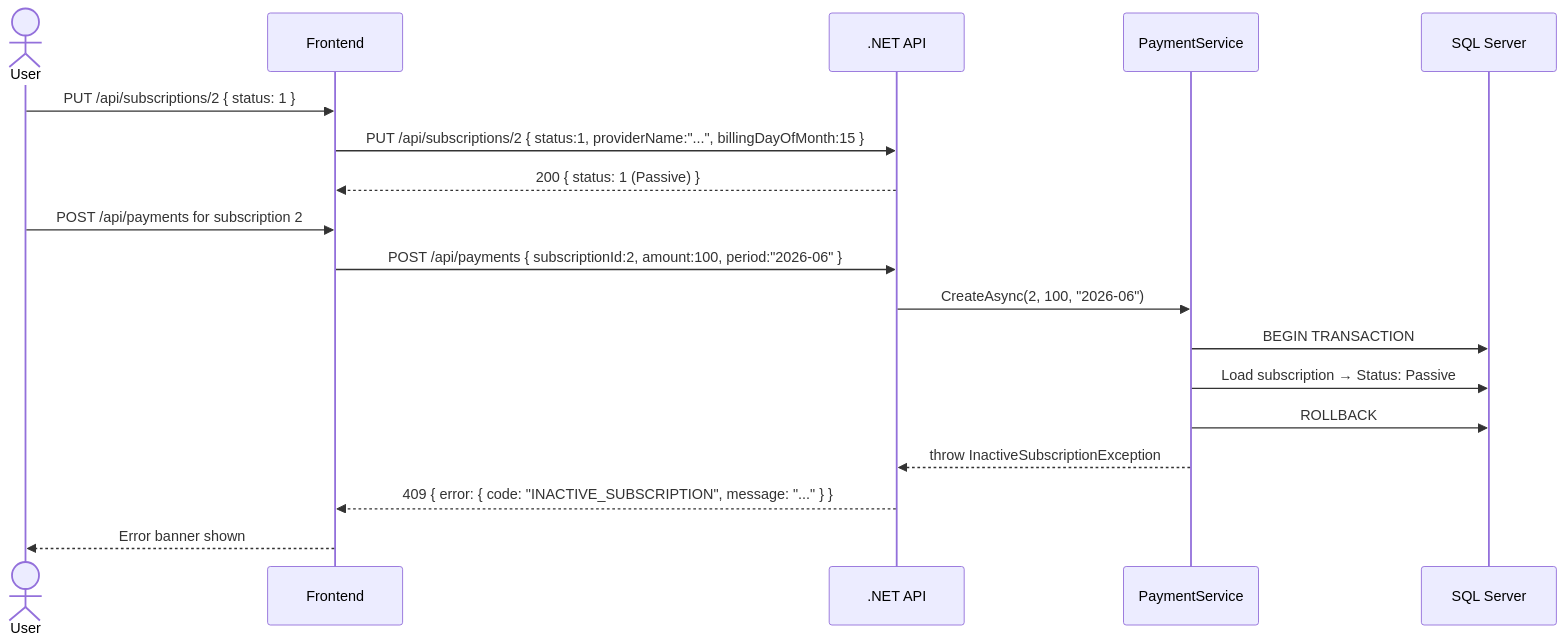
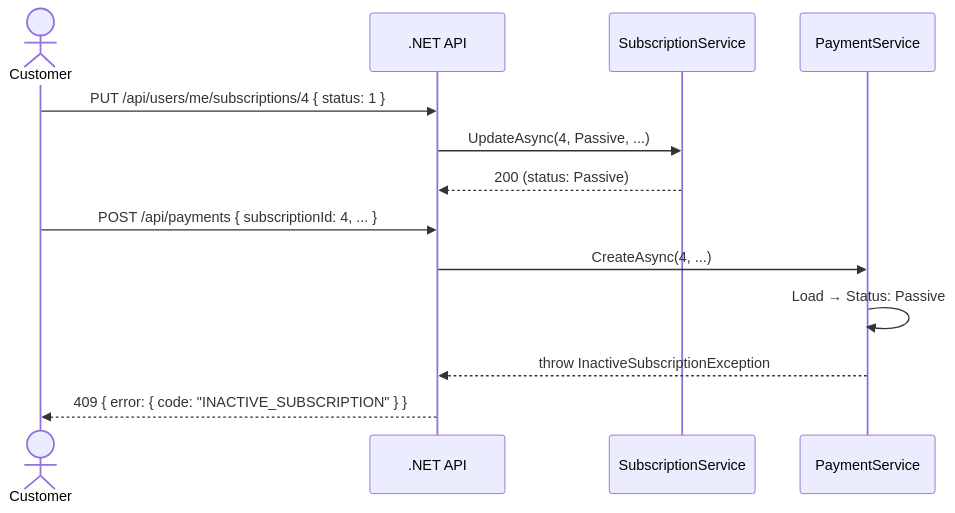
Before and after one commit to maliackgoz/ArchiCase: the third of 7 diagrams in docs/flow-diagrams.md, drawn with Mermaid. The commit also changed other lines of this file and 91 other files, not shown here.

````diff
--- a/docs/flow-diagrams.md
+++ b/docs/flow-diagrams.md
@@ -70,22 +69,17 @@
 ```mermaid
 sequenceDiagram
-    actor User
-    participant Frontend
+    actor User as Customer
     participant API as .NET API
-    participant PaymentService
-    participant DB as SQL Server
+    participant SS as SubscriptionService
+    participant PS as PaymentService
 
-    User->>Frontend: PUT /api/subscriptions/2 { status: 1 }
-    Frontend->>API: PUT /api/subscriptions/2 { status:1, providerName:"...", billingDayOfMonth:15 }
-    API-->>Frontend: 200 { status: 1 (Passive) }
+    User->>API: PUT /api/users/me/subscriptions/4 { status: 1 }
+    API->>SS: UpdateAsync(4, Passive, ...)
+    SS-->>API: 200 (status: Passive)
 
-    User->>Frontend: POST /api/payments for subscription 2
-    Frontend->>API: POST /api/payments { subscriptionId:2, amount:100, period:"2026-06" }
-    API->>PaymentService: CreateAsync(2, 100, "2026-06")
-    PaymentService->>DB: BEGIN TRANSACTION
-    PaymentService->>DB: Load subscription → Status: Passive
-    PaymentService->>DB: ROLLBACK
-    PaymentService-->>API: throw InactiveSubscriptionException
-    API-->>Frontend: 409 { error: { code: "INACTIVE_SUBSCRIPTION", message: "..." } }
-    Frontend-->>User: Error banner shown
+    User->>API: POST /api/payments { subscriptionId: 4, ... }
+    API->>PS: CreateAsync(4, ...)
+    PS->>PS: Load → Status: Passive
+    PS-->>API: throw InactiveSubscriptionException
+    API-->>User: 409 { error: { code: "INACTIVE_SUBSCRIPTION" } }
 ```
````
